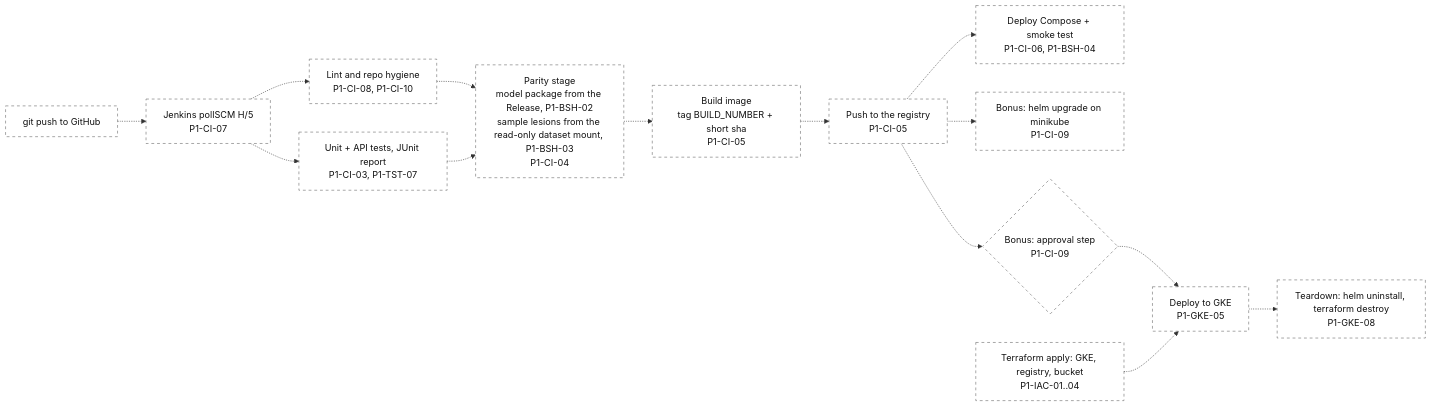
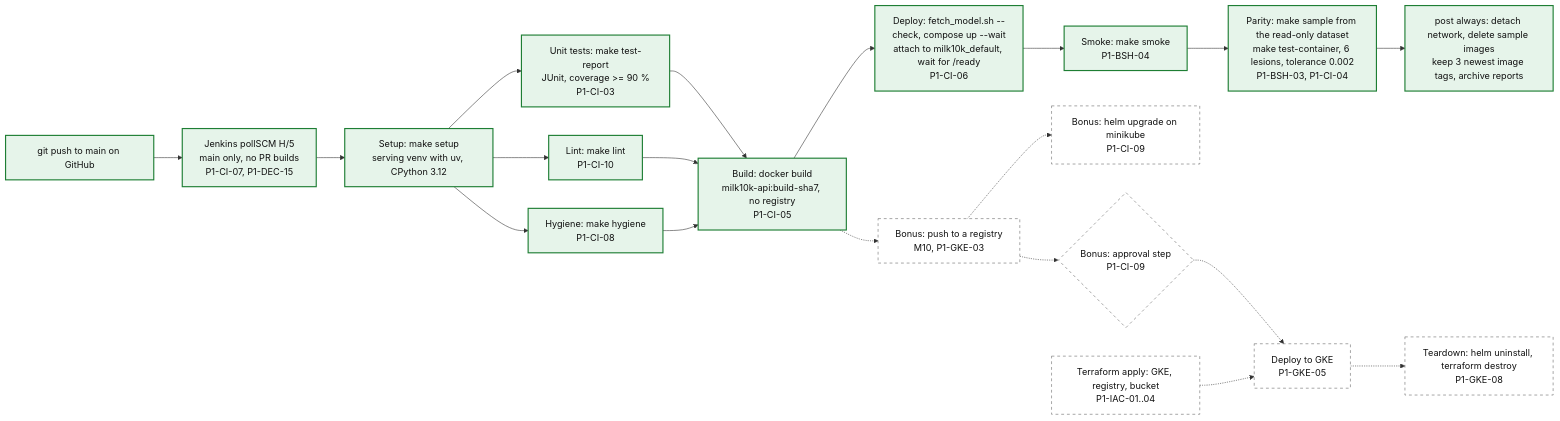
One commit to Yogurt01/milk10k-skin-lesion-mlops changed the third of 4 diagrams in docs/architecture.md. Above: the diagram before and after it, drawn with Mermaid. The commit also changed other lines of this file, not shown here.

Commit message:
Add the Jenkins pipeline and its network flow to the architecture

````diff
--- a/docs/architecture.md
+++ b/docs/architecture.md
@@ -214,19 +214,26 @@
 ```mermaid
 flowchart LR
-    push["git push to GitHub"] -.-> poll["Jenkins pollSCM H/5<br/>P1-CI-07"]
-    poll -.-> lint["Lint and repo hygiene<br/>P1-CI-08, P1-CI-10"]
-    poll -.-> tests["Unit + API tests, JUnit report<br/>P1-CI-03, P1-TST-07"]
-    lint -.-> parity["Parity stage<br/>model package from the Release, P1-BSH-02<br/>sample lesions from the read-only dataset mount, P1-BSH-03<br/>P1-CI-04"]
-    tests -.-> parity
-    parity -.-> build["Build image<br/>tag BUILD_NUMBER + short sha<br/>P1-CI-05"]
-    build -.-> pushimg["Push to the registry<br/>P1-CI-05"]
-    pushimg -.-> compose["Deploy Compose + smoke test<br/>P1-CI-06, P1-BSH-04"]
+    push["git push to main on GitHub"] --> poll["Jenkins pollSCM H/5<br/>main only, no PR builds<br/>P1-CI-07, P1-DEC-15"]
+    poll --> setup["Setup: make setup<br/>serving venv with uv, CPython 3.12"]
+    setup --> tests["Unit tests: make test-report<br/>JUnit, coverage >= 90 %<br/>P1-CI-03"]
+    setup --> lint["Lint: make lint<br/>P1-CI-10"]
+    setup --> hyg["Hygiene: make hygiene<br/>P1-CI-08"]
+    tests --> build["Build: docker build<br/>milk10k-api:build-sha7, no registry<br/>P1-CI-05"]
+    lint --> build
+    hyg --> build
+    build --> deploy["Deploy: fetch_model.sh --check, compose up --wait<br/>attach to milk10k_default, wait for /ready<br/>P1-CI-06"]
+    deploy --> smoke["Smoke: make smoke<br/>P1-BSH-04"]
+    smoke --> parity["Parity: make sample from the read-only dataset<br/>make test-container, 6 lesions, tolerance 0.002<br/>P1-BSH-03, P1-CI-04"]
+    parity --> post["post always: detach network, delete sample images<br/>keep 3 newest image tags, archive reports"]
+    build -.-> pushimg["Bonus: push to a registry<br/>M10, P1-GKE-03"]
     pushimg -.-> helm["Bonus: helm upgrade on minikube<br/>P1-CI-09"]
     pushimg -.-> approve{"Bonus: approval step<br/>P1-CI-09"}
     approve -.-> gkedeploy["Deploy to GKE<br/>P1-GKE-05"]
     tfapply["Terraform apply: GKE, registry, bucket<br/>P1-IAC-01..04"] -.-> gkedeploy
     gkedeploy -.-> teardown["Teardown: helm uninstall, terraform destroy<br/>P1-GKE-08"]
 
+    classDef implemented fill:#e6f4ea,stroke:#1e7e34,stroke-width:2px,color:#111111
     classDef planned fill:#ffffff,stroke:#666666,stroke-width:1px,stroke-dasharray:5 5,color:#111111
-    class push,poll,lint,tests,parity,build,pushimg,compose,helm,approve,gkedeploy,tfapply,teardown planned
+    class push,poll,setup,tests,lint,hyg,build,deploy,smoke,parity,post implemented
+    class pushimg,helm,approve,gkedeploy,tfapply,teardown planned
 ```
````
